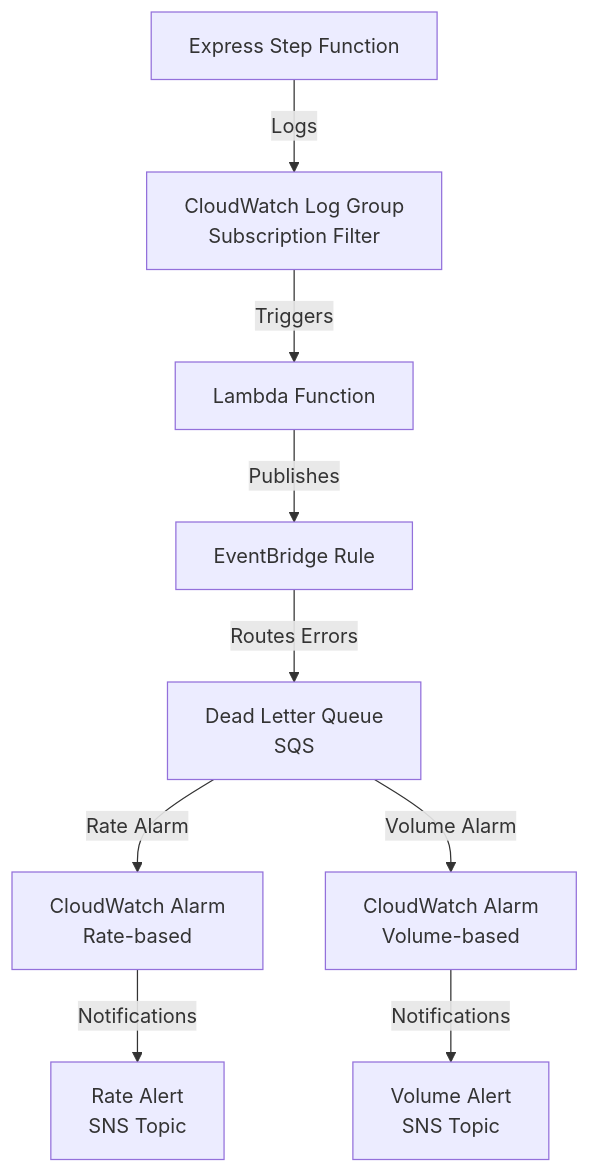
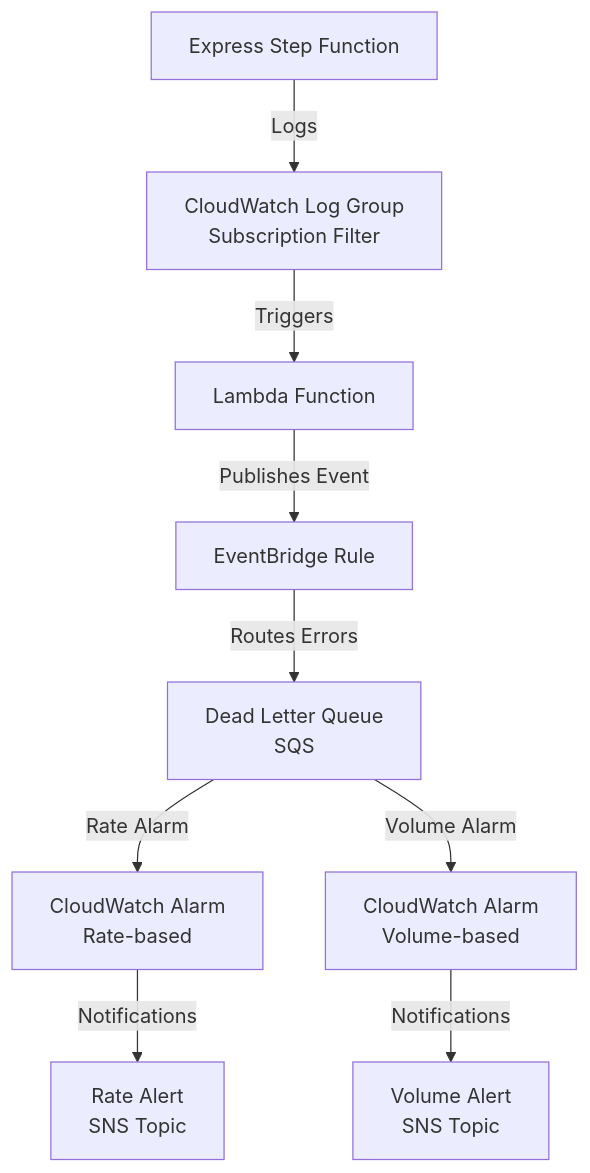
One commit to SevenPico/terraform-aws-express-step-function-error-notification changed the diagram in README.md. Above: the diagram before and after it, drawn with Mermaid. The commit also changed other lines of this file and 1 other file, not shown here.

````diff
--- a/README.md
+++ b/README.md
@@ -9,11 +9,11 @@
 ```mermaid
 flowchart TD
     ESF[Express Step Function] -->|Logs| LOG[CloudWatch Log Group <br/>Subscription Filter]
     LOG -->|Triggers| λ[Lambda Function]
-    λ -->|Publishes| EBR[EventBridge Rule]
+    λ -->|Publishes Event| EBR[EventBridge Rule]
     EBR -->|Routes Errors| DLQ[Dead Letter Queue<br/>SQS]
     DLQ -->|Rate Alarm| CWR[CloudWatch Alarm<br/>Rate-based]
     DLQ -->|Volume Alarm| CWV[CloudWatch Alarm<br/>Volume-based]
     CWR -->|Notifications| SNS1[Rate Alert<br/>SNS Topic]
     CWV -->|Notifications| SNS2[Volume Alert<br/>SNS Topic]
 ```
````
